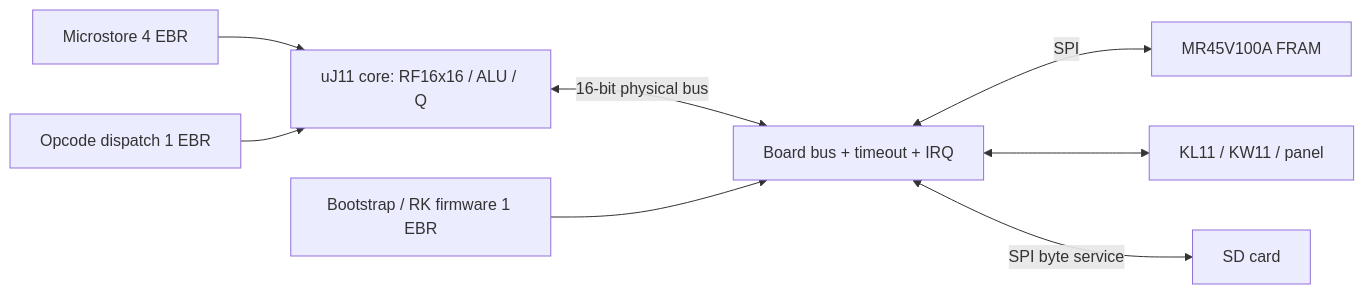
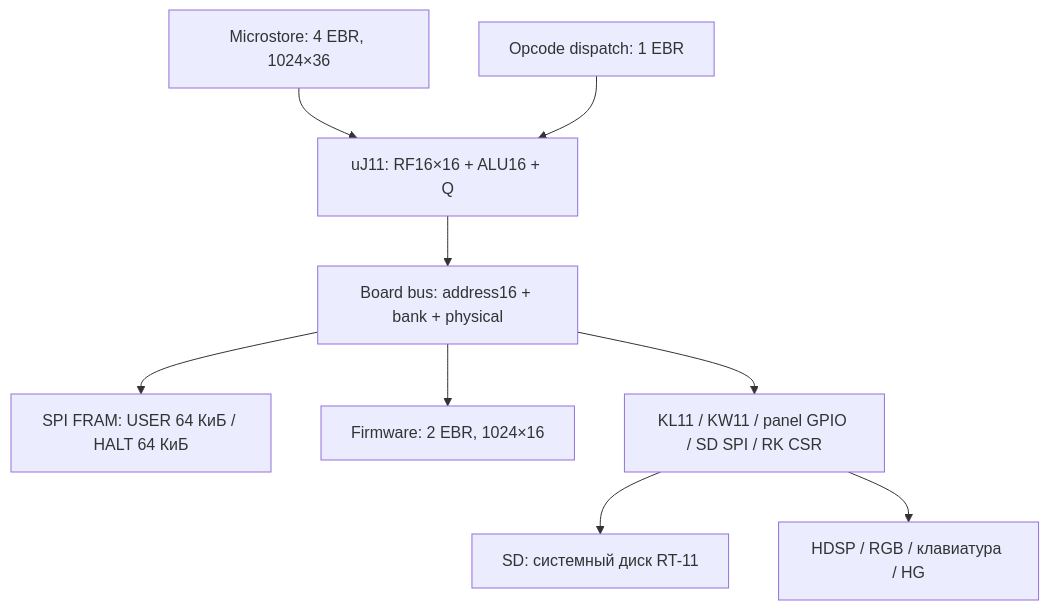
The diagram in uJ11-fpga/docs/architecture.md (pdaxrom/k1801vm1), drawn with Mermaid before and after one commit. The commit also changed other lines of this file and 9261 other files, not shown here.

````diff
--- a/uJ11-fpga/docs/architecture.md
+++ b/uJ11-fpga/docs/architecture.md
@@ -224,10 +51,11 @@
 ```mermaid
-flowchart LR
-    U[Microstore 4 EBR] --> C[uJ11 core: RF16x16 / ALU / Q]
-    D[Opcode dispatch 1 EBR] --> C
-    C <-->|16-bit physical bus| B[Board bus + timeout + IRQ]
-    F[Bootstrap / RK firmware 1 EBR] --> B
-    B <-->|SPI| R[MR45V100A FRAM]
-    B <--> P[KL11 / KW11 / panel]
-    B <-->|SPI byte service| S[SD card]
+flowchart TD
+    U["Microstore: 4 EBR, 1024×36"] --> CPU["uJ11: RF16×16 + ALU16 + Q"]
+    DEC["Opcode dispatch: 1 EBR"] --> CPU
+    CPU --> BUS["Board bus: address16 + bank + physical"]
+    BUS --> FRAM["SPI FRAM: USER 64 КиБ / HALT 64 КиБ"]
+    BUS --> FW["Firmware: 2 EBR, 1024×16"]
+    BUS --> IO["KL11 / KW11 / panel GPIO / SD SPI / RK CSR"]
+    IO --> SD["SD: системный диск RT-11"]
+    IO --> PANEL["HDSP / RGB / клавиатура / HG"]
 ```
````
